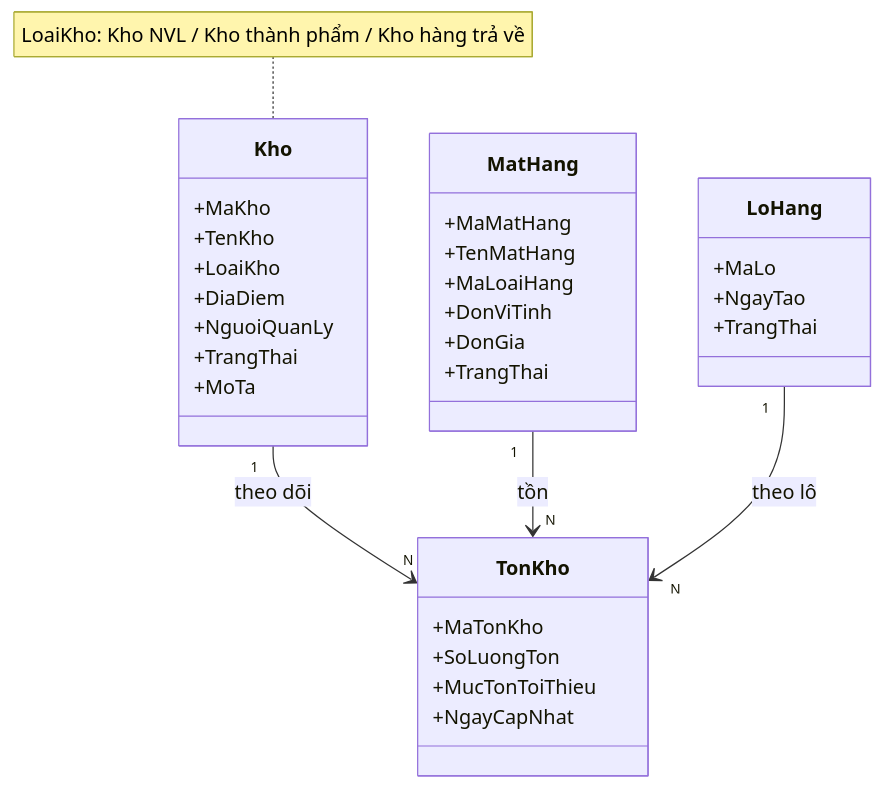
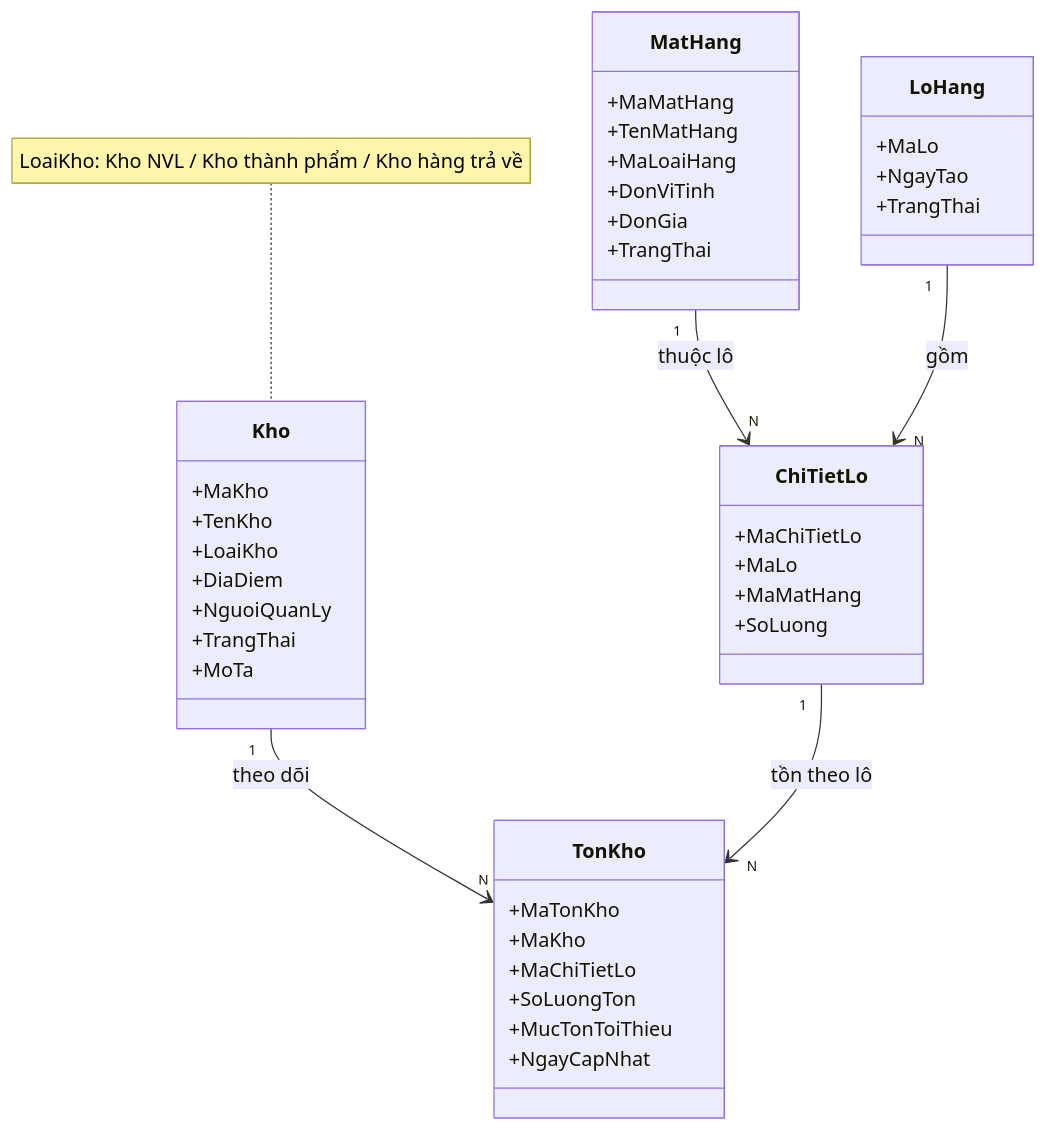
One commit to vthaix/WarehouseSystem changed the ninth of 14 diagrams in domain_model.md. Above: the diagram before and after it, drawn with Mermaid. The commit also changed other lines of this file, not shown here.

````diff
--- a/domain_model.md
+++ b/domain_model.md
@@ -378,42 +445,52 @@
 ```mermaid
 classDiagram
 
     class Kho {
         +MaKho
         +TenKho
         +LoaiKho
         +DiaDiem
         +NguoiQuanLy
         +TrangThai
         +MoTa
+    }
+
+    class TonKho {
+        +MaTonKho
+        +MaKho
+        +MaChiTietLo
+        +SoLuongTon
+        +MucTonToiThieu
+        +NgayCapNhat
     }
 
     class MatHang {
         +MaMatHang
         +TenMatHang
         +MaLoaiHang
         +DonViTinh
         +DonGia
         +TrangThai
     }
 
     class LoHang {
         +MaLo
         +NgayTao
         +TrangThai
     }
 
-    class TonKho {
-        +MaTonKho
-        +SoLuongTon
-        +MucTonToiThieu
-        +NgayCapNhat
+    class ChiTietLo {
+        +MaChiTietLo
+        +MaLo
+        +MaMatHang
+        +SoLuong
     }
 
     Kho "1" --> "N" TonKho : theo dõi
-    MatHang "1" --> "N" TonKho : tồn
-    LoHang "1" --> "N" TonKho : theo lô
+    MatHang "1" --> "N" ChiTietLo : thuộc lô
+    LoHang "1" --> "N" ChiTietLo : gồm
+    ChiTietLo "1" --> "N" TonKho : tồn theo lô
 
     note for Kho "LoaiKho: Kho NVL / Kho thành phẩm / Kho hàng trả về"
 
 ```
````
